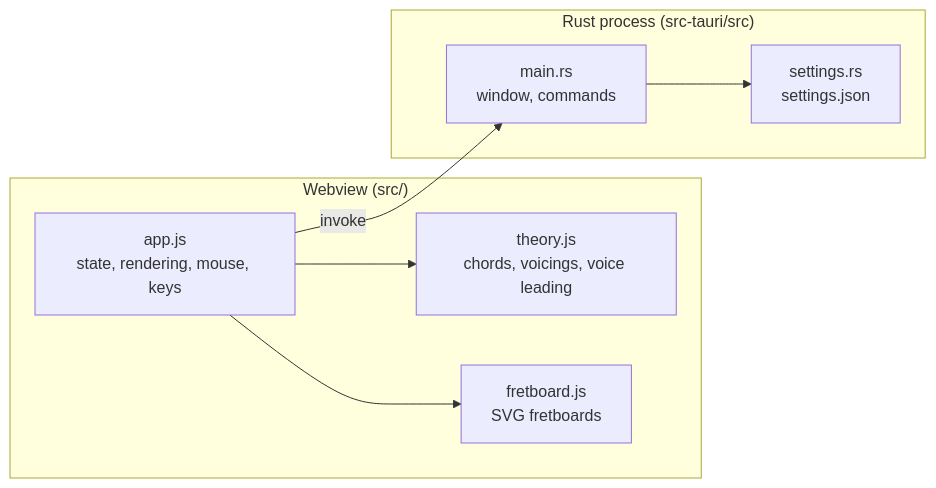
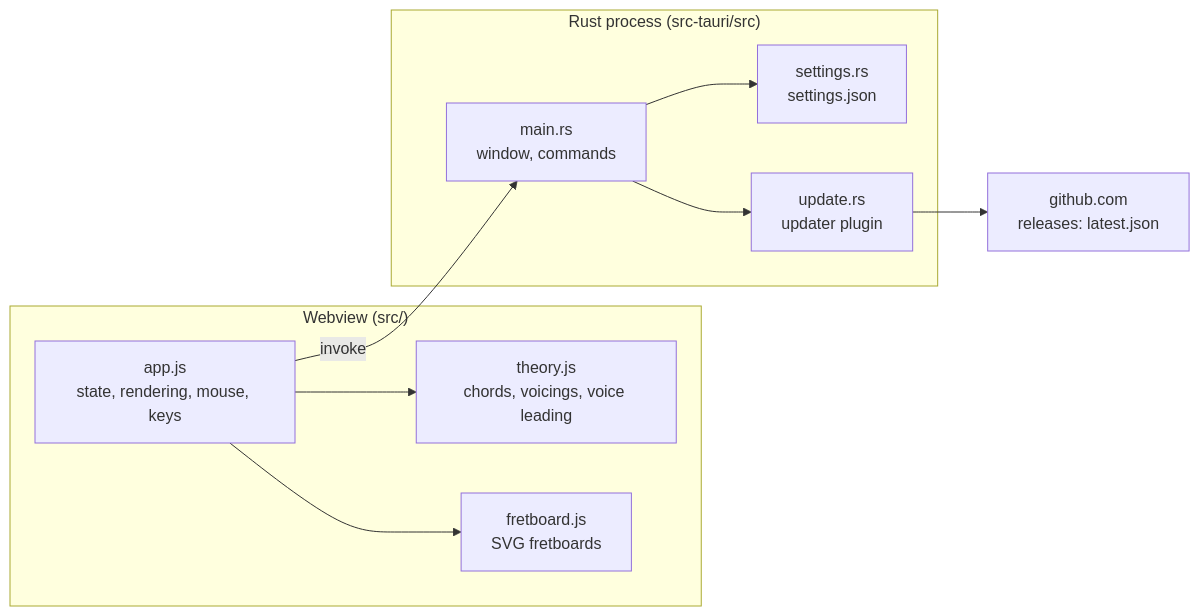
Before and after one commit to andeliseev/jazz-guitar-helper: the diagram in docs/architecture.md, drawn with Mermaid. The commit also changed other lines of this file and 33 other files, not shown here.

````diff
--- a/docs/architecture.md
+++ b/docs/architecture.md
@@ -5,16 +5,19 @@
 ```mermaid
 flowchart LR
   subgraph Webview["Webview (src/)"]
     App["app.js<br/>state, rendering, mouse, keys"]
     Theory["theory.js<br/>chords, voicings, voice leading"]
     Board["fretboard.js<br/>SVG fretboards"]
     App --> Theory
     App --> Board
   end
   subgraph Rust["Rust process (src-tauri/src)"]
     Main["main.rs<br/>window, commands"]
     Settings["settings.rs<br/>settings.json"]
+    Update["update.rs<br/>updater plugin"]
   end
   App -- invoke --> Main
   Main --> Settings
+  Main --> Update
+  Update --> GH["github.com<br/>releases: latest.json"]
 ```
````
